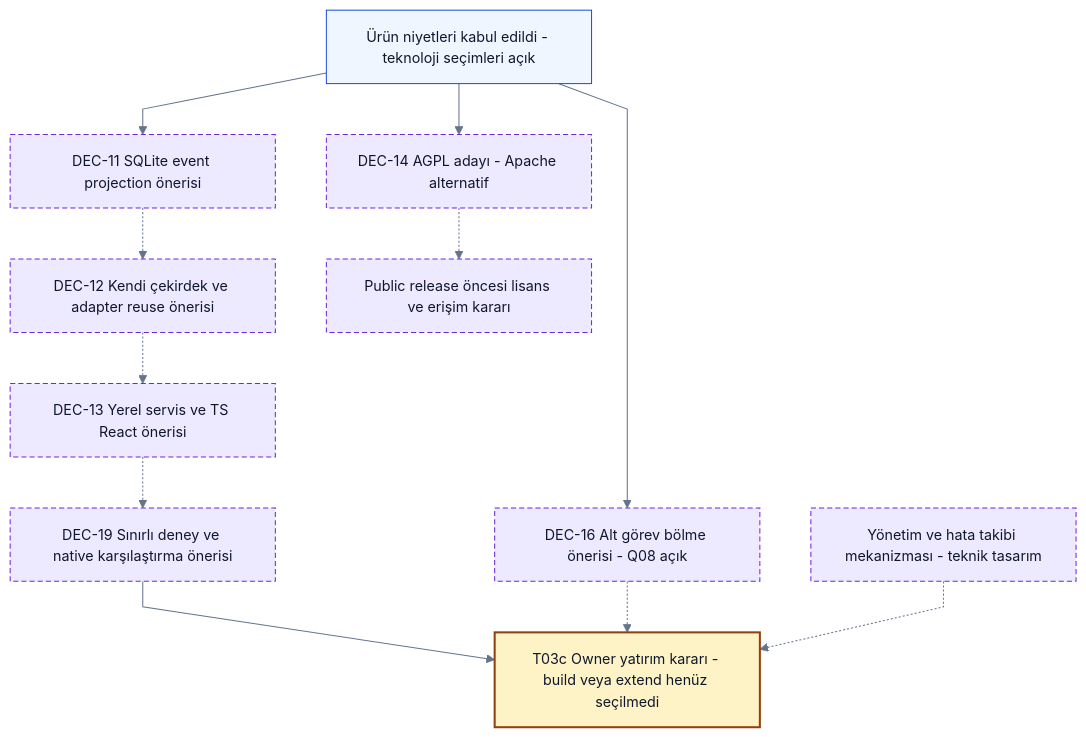
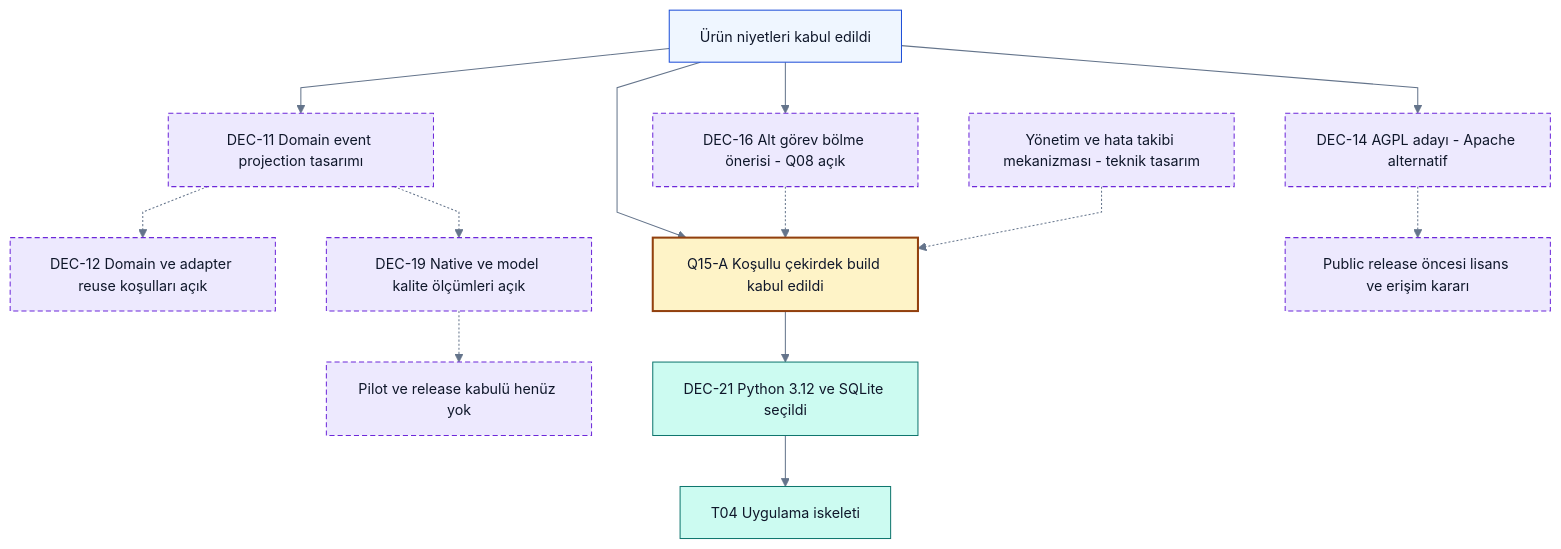
The second of 2 diagrams in docs/product/decision-map.md (alphanAkbulut/decivora), drawn with Mermaid before and after one commit. The commit also changed other lines of this file and 35 other files, not shown here.

First line of the commit message:
Deliver T04 Python runtime scaffold and accept conditional MVP build decision

````diff
--- a/docs/product/decision-map.md
+++ b/docs/product/decision-map.md
@@ -61,22 +63,26 @@
 ```mermaid
 %%{init: {"theme":"base","themeVariables":{"fontFamily":"Arial, sans-serif","fontSize":"14px","primaryColor":"#eff6ff","primaryTextColor":"#0f172a","primaryBorderColor":"#1d4ed8","lineColor":"#64748b","secondaryColor":"#ccfbf1","tertiaryColor":"#f1f5f9","background":"#ffffff","mainBkg":"#eff6ff","textColor":"#0f172a","clusterBkg":"#f8fafc","clusterBorder":"#94a3b8","edgeLabelBackground":"#ffffff","actorBkg":"#eff6ff","actorTextColor":"#0f172a","actorBorder":"#1d4ed8","signalColor":"#64748b","signalTextColor":"#0f172a","noteBkgColor":"#fef3c7","noteTextColor":"#0f172a","noteBorderColor":"#92400e"},"flowchart":{"htmlLabels":false,"curve":"linear"},"sequence":{"wrap":true},"themeCSS":"background-color:#ffffff;"}}%%
 flowchart TB
-    accTitle: Teknik öneriler ve açık owner kapıları
+    accTitle: Kabul edilmiş çekirdek ve açık ürün kapıları
     accDescr: Karar tablosundaki niyet ve teknik öneriler ayrıdır. Renk accepted teknoloji veya runtime başarısı kanıtı değildir.
-    NEED[Ürün niyetleri kabul edildi - teknoloji seçimleri açık] --> CORE[DEC-11 SQLite event projection önerisi]
-    CORE -.-> REUSE[DEC-12 Kendi çekirdek ve adapter reuse önerisi]
-    REUSE -.-> STACK[DEC-13 Yerel servis ve TS React önerisi]
-    STACK -.-> TEST[DEC-19 Sınırlı deney ve native karşılaştırma önerisi]
-    TEST --> OWNER[T03c Owner yatırım kararı - build veya extend henüz seçilmedi]
+    NEED[Ürün niyetleri kabul edildi] --> CORE[DEC-11 Domain event projection tasarımı]
+    CORE -.-> REUSE[DEC-12 Domain ve adapter reuse koşulları açık]
+    NEED --> OWNER[Q15-A Koşullu çekirdek build kabul edildi]
+    OWNER --> STACK[DEC-21 Python 3.12 ve SQLite seçildi]
+    STACK --> APP[T04 Uygulama iskeleti]
+    CORE -.-> TEST[DEC-19 Native ve model kalite ölçümleri açık]
+    TEST -.-> PILOT[Pilot ve release kabulü henüz yok]
     NEED --> SPLIT[DEC-16 Alt görev bölme önerisi - Q08 açık]
     SPLIT -.-> OWNER
     NEED --> LICENSE[DEC-14 AGPL adayı - Apache alternatif]
     LICENSE -.-> RELEASE[Public release öncesi lisans ve erişim kararı]
     GOV[Yönetim ve hata takibi mekanizması - teknik tasarım] -.-> OWNER
     classDef source fill:#eff6ff,stroke:#1d4ed8,color:#0f172a
     class NEED source
     classDef future fill:#ede9fe,stroke:#6d28d9,color:#0f172a,stroke-dasharray:5 3
-    class CORE,REUSE,STACK,TEST,SPLIT,LICENSE,GOV,RELEASE future
+    class CORE,REUSE,TEST,SPLIT,LICENSE,GOV,RELEASE,PILOT future
+    classDef accepted fill:#ccfbf1,stroke:#0f766e,color:#0f172a
+    class STACK,APP accepted
     classDef gate fill:#fef3c7,stroke:#92400e,color:#0f172a,stroke-width:2px
     class OWNER gate
 ```
````
